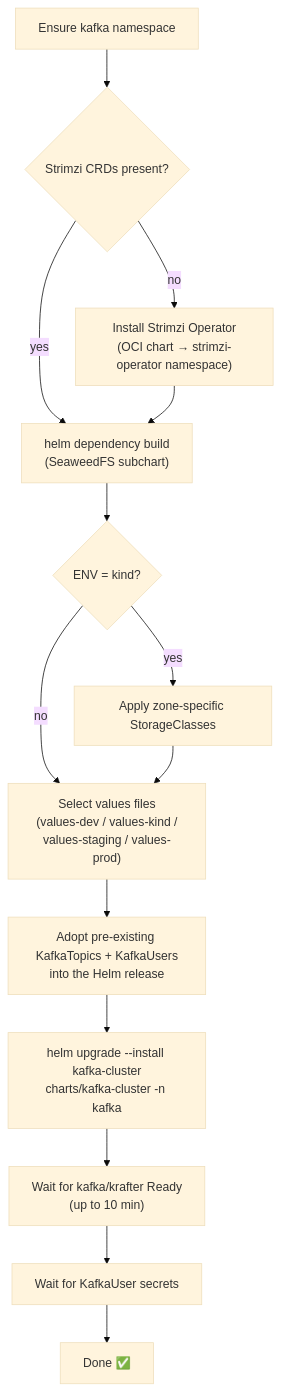
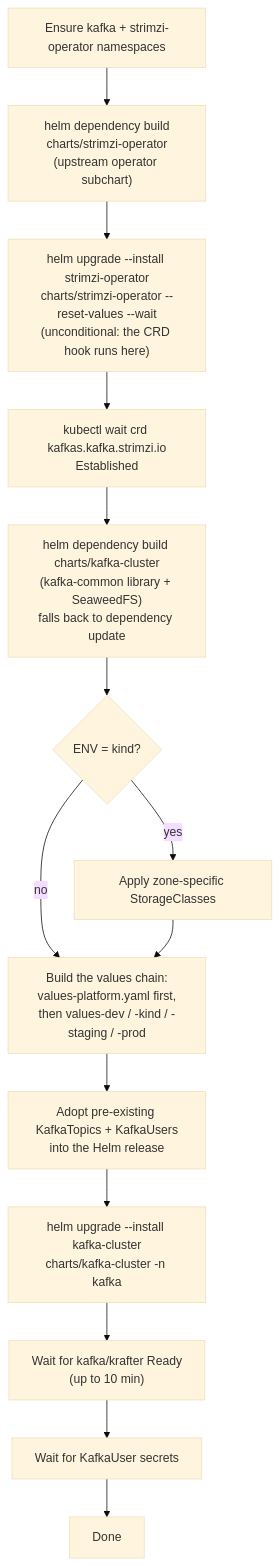
The sixth of 6 diagrams in docs/book/15-kafka-deployment.md (actions-marketplace-validations/bmscomp_kates), drawn with Mermaid (base theme) before and after one commit. The commit also changed other lines of this file and 284 other files, not shown here.

````diff
--- a/docs/book/15-kafka-deployment.md
+++ b/docs/book/15-kafka-deployment.md
@@ -562,16 +577,16 @@
 ```mermaid
 graph TD
-    A["Ensure kafka namespace"] --> B{"Strimzi CRDs present?"}
-    B -->|"no"| C["Install Strimzi Operator<br/>(OCI chart → strimzi-operator namespace)"]
-    B -->|"yes"| D["helm dependency build<br/>(SeaweedFS subchart)"]
-    C --> D
-    D --> E{"ENV = kind?"}
-    E -->|"yes"| F["Apply zone-specific StorageClasses"]
-    E -->|"no"| G["Select values files<br/>(values-dev / values-kind /<br/>values-staging / values-prod)"]
-    F --> G
-    G --> H["Adopt pre-existing KafkaTopics + KafkaUsers<br/>into the Helm release"]
-    H --> I["helm upgrade --install kafka-cluster<br/>charts/kafka-cluster -n kafka"]
-    I --> J["Wait for kafka/krafter Ready<br/>(up to 10 min)"]
-    J --> K["Wait for KafkaUser secrets"]
-    K --> L["Done ✅"]
+    A["Ensure kafka + strimzi-operator namespaces"] --> B["helm dependency build<br/>charts/strimzi-operator<br/>(upstream operator subchart)"]
+    B --> C["helm upgrade --install strimzi-operator<br/>charts/strimzi-operator --reset-values --wait<br/>(unconditional: the CRD hook runs here)"]
+    C --> D["kubectl wait crd kafkas.kafka.strimzi.io<br/>Established"]
+    D --> E["helm dependency build charts/kafka-cluster<br/>(kafka-common library + SeaweedFS)<br/>falls back to dependency update"]
+    E --> F{"ENV = kind?"}
+    F -->|"yes"| G["Apply zone-specific StorageClasses"]
+    F -->|"no"| H["Build the values chain:<br/>values-platform.yaml first,<br/>then values-dev / -kind / -staging / -prod"]
+    G --> H
+    H --> I["Adopt pre-existing KafkaTopics + KafkaUsers<br/>into the Helm release"]
+    I --> J["helm upgrade --install kafka-cluster<br/>charts/kafka-cluster -n kafka"]
+    J --> K["Wait for kafka/krafter Ready<br/>(up to 10 min)"]
+    K --> L["Wait for KafkaUser secrets"]
+    L --> M["Done"]
 ```
````
